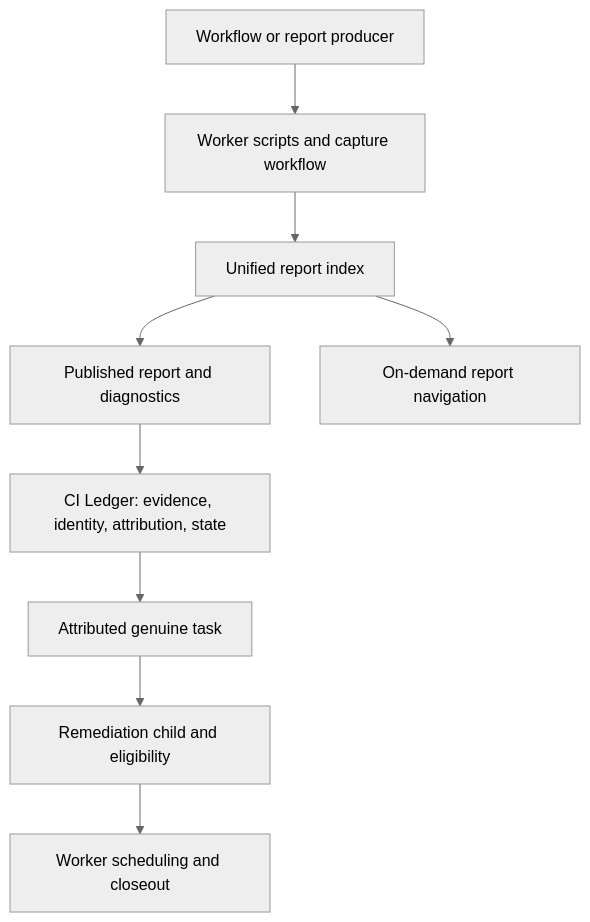
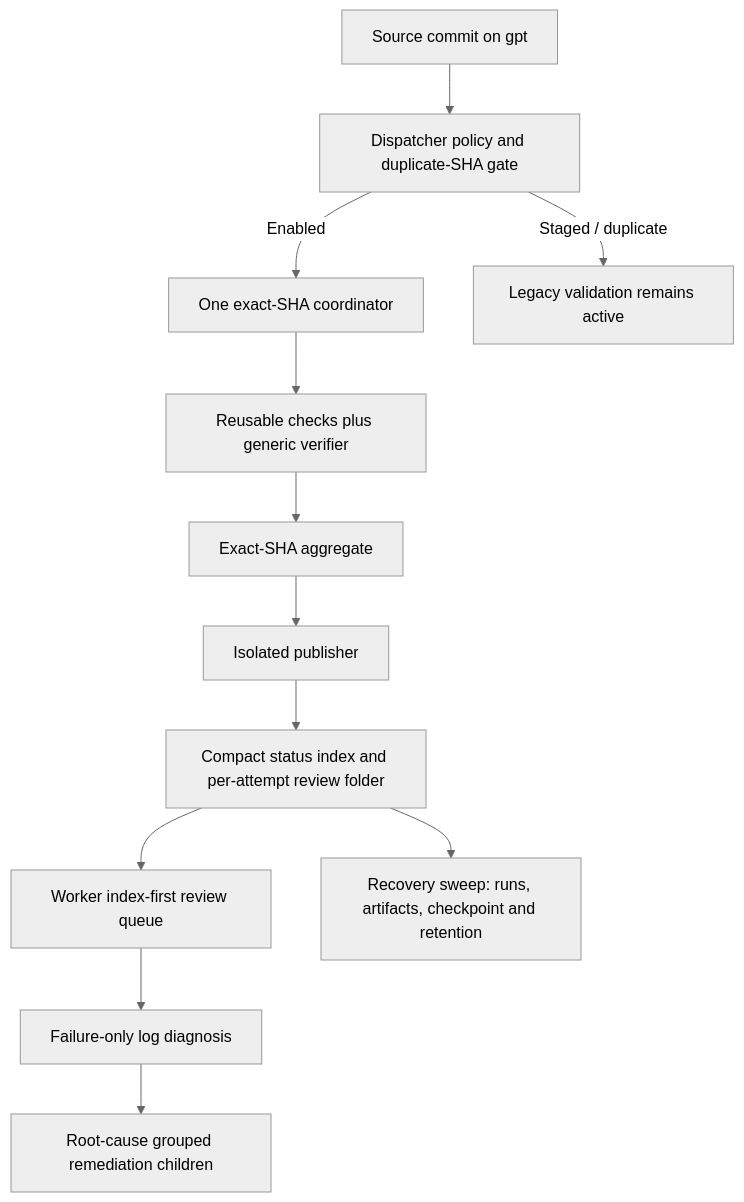
The fourth of 5 diagrams in .agent/WORKFLOW_MAP.md (dungnv2602/chatgpt), drawn with Mermaid (neutral theme) before and after one commit. The commit also changed other lines of this file, not shown here.

Commit message:
Map ADR-0008 publisher and recovery workflows
Task-ID: 20261128-230000-03

````diff
--- a/.agent/WORKFLOW_MAP.md
+++ b/.agent/WORKFLOW_MAP.md
@@ -72,11 +72,14 @@
-```mermaid
+~~~mermaid
 flowchart TD
- A[Workflow or report producer] --> B[Worker scripts and capture workflow]
- B --> C[Unified report index]
- C --> D[Published report and diagnostics]
- D --> E[CI Ledger: evidence, identity, attribution, state]
- E --> F[Attributed genuine task]
- F --> G[Remediation child and eligibility]
- G --> H[Worker scheduling and closeout]
- C --> I[On-demand report navigation]
-```
+ A[Source commit on gpt] --> B[Dispatcher policy and duplicate-SHA gate]
+ B -->|Enabled| C[One exact-SHA coordinator]
+ B -->|Staged / duplicate| D[Legacy validation remains active]
+ C --> E[Reusable checks plus generic verifier]
+ E --> F[Exact-SHA aggregate]
+ F --> G[Isolated publisher]
+ G --> H[Compact status index and per-attempt review folder]
+ H --> I[Worker index-first review queue]
+ I --> J[Failure-only log diagnosis]
+ J --> K[Root-cause grouped remediation children]
+ H --> L[Recovery sweep: runs, artifacts, checkpoint and retention]
+~~~
````
